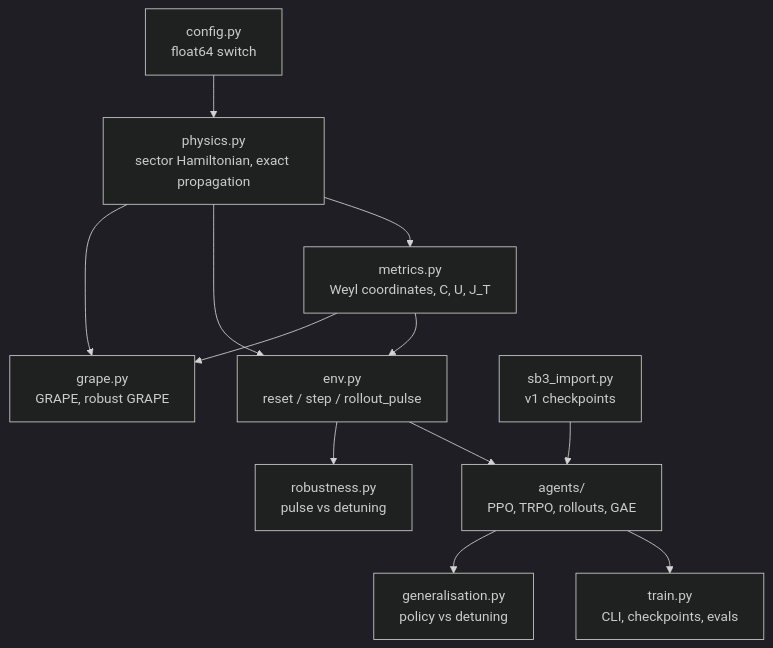
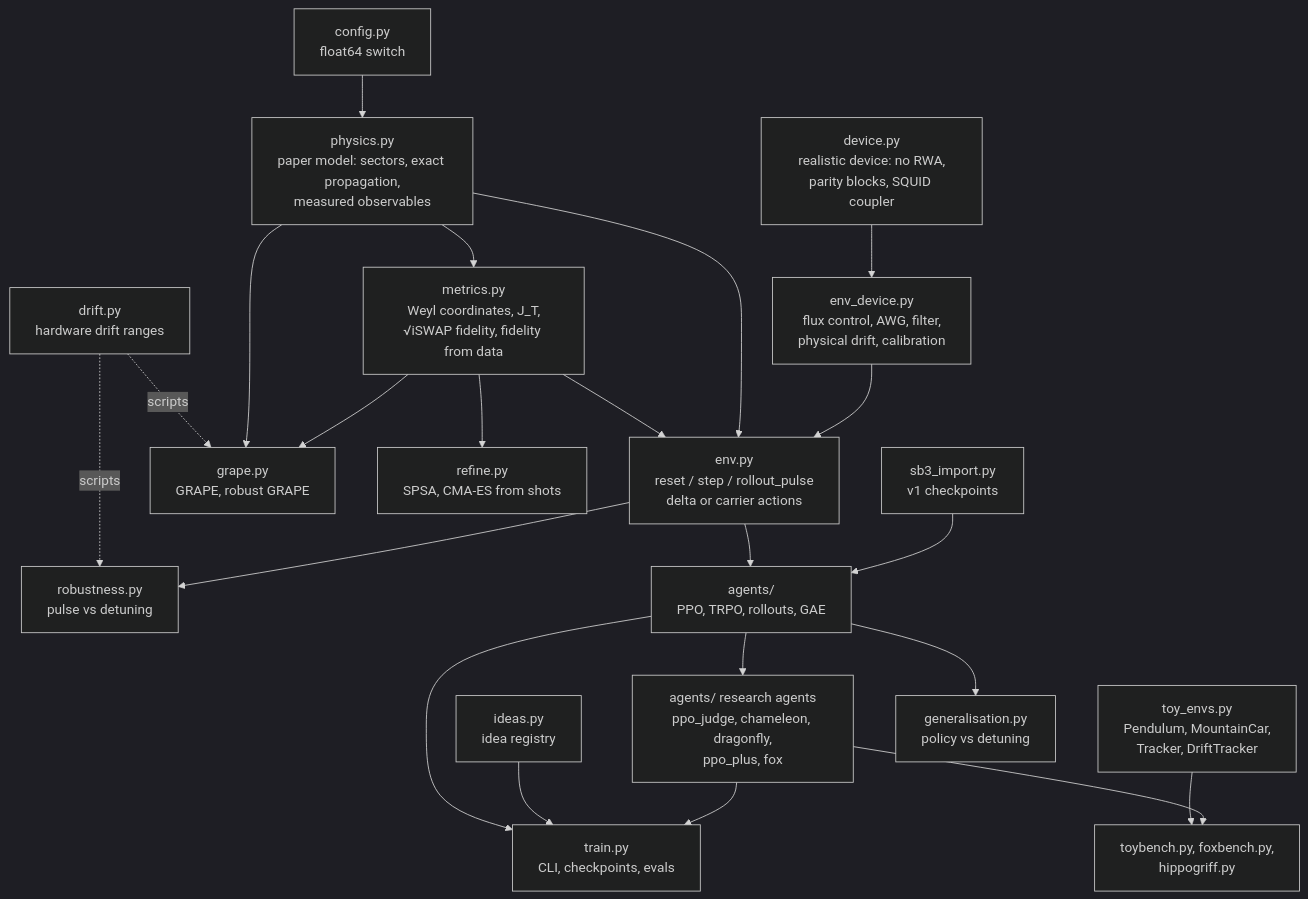
The diagram in docs/code/architecture.md (leandergrech/rlquantopt), drawn with Mermaid (dark theme) before and after one commit. The commit also changed other lines of this file and 79 other files, not shown here.

````diff
--- a/docs/code/architecture.md
+++ b/docs/code/architecture.md
@@ -7,14 +8,24 @@
 ```mermaid
 flowchart TD
     cfg[config.py<br/>float64 switch] --> phys
-    phys[physics.py<br/>sector Hamiltonian, exact propagation] --> met
-    met[metrics.py<br/>Weyl coordinates, C, U, J_T] --> env
-    phys --> env[env.py<br/>reset / step / rollout_pulse]
+    phys[physics.py<br/>paper model: sectors, exact propagation,<br/>measured observables] --> met
+    dev[device.py<br/>realistic device: no RWA,<br/>parity blocks, SQUID coupler] --> envd
+    met[metrics.py<br/>Weyl coordinates, J_T,<br/>√iSWAP fidelity, fidelity from data] --> env
+    phys --> env[env.py<br/>reset / step / rollout_pulse<br/>delta or carrier actions]
+    envd[env_device.py<br/>flux control, AWG, filter,<br/>physical drift, calibration] --> env
+    dr[drift.py<br/>hardware drift ranges] -.->|scripts| rob
+    dr -.->|scripts| grape
     env --> agents[agents/<br/>PPO, TRPO, rollouts, GAE]
     agents --> train[train.py<br/>CLI, checkpoints, evals]
+    ideas[ideas.py<br/>idea registry] --> train
+    agents --> research[agents/ research agents<br/>ppo_judge, chameleon, dragonfly,<br/>ppo_plus, fox]
+    research --> train
+    toy[toy_envs.py<br/>Pendulum, MountainCar,<br/>Tracker, DriftTracker] --> bench[toybench.py, foxbench.py,<br/>hippogriff.py]
+    research --> bench
     phys --> grape[grape.py<br/>GRAPE, robust GRAPE]
     met --> grape
+    met --> refine[refine.py<br/>SPSA, CMA-ES from shots]
     env --> rob[robustness.py<br/>pulse vs detuning]
     agents --> gen[generalisation.py<br/>policy vs detuning]
     sb3[sb3_import.py<br/>v1 checkpoints] --> agents
 ```
````
